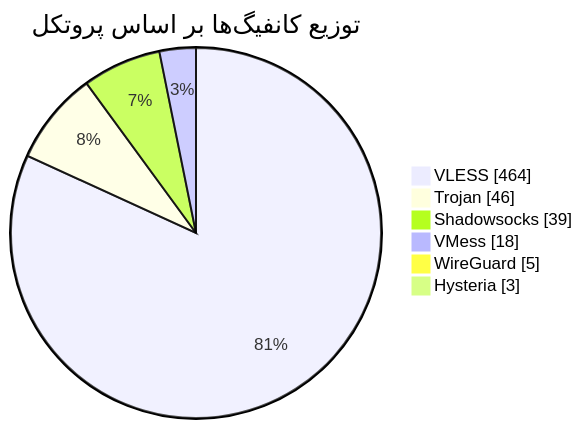
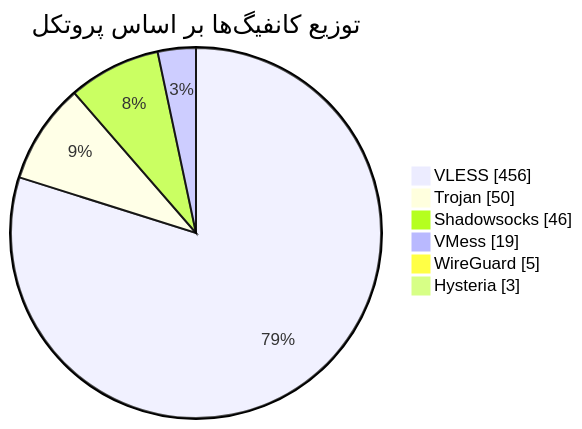
Before and after one commit to Arian-Alijani/Somthing: the diagram in README.md, drawn with Mermaid. The commit also changed other lines of this file and 69 other files, not shown here.

````diff
--- a/README.md
+++ b/README.md
@@ -48,10 +48,10 @@
 ```mermaid
 pie showData
     title توزیع کانفیگ‌ها بر اساس پروتکل
-    "VLESS" : 464
-    "Trojan" : 46
-    "Shadowsocks" : 39
-    "VMess" : 18
+    "VLESS" : 456
+    "Trojan" : 50
+    "Shadowsocks" : 46
+    "VMess" : 19
     "WireGuard" : 5
     "Hysteria" : 3
 ```
````
